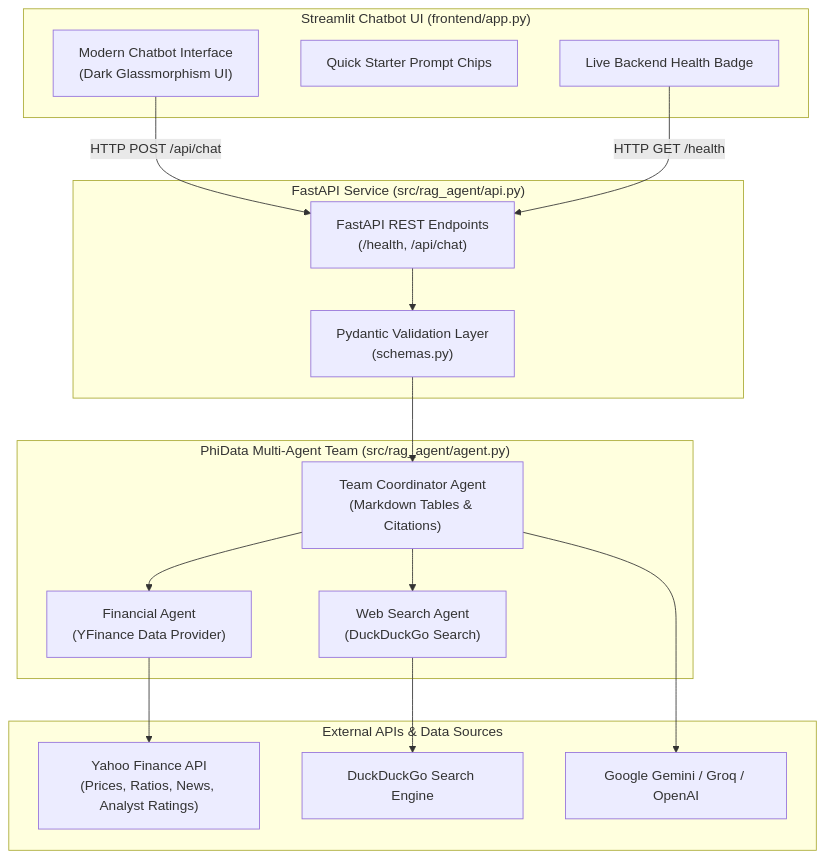
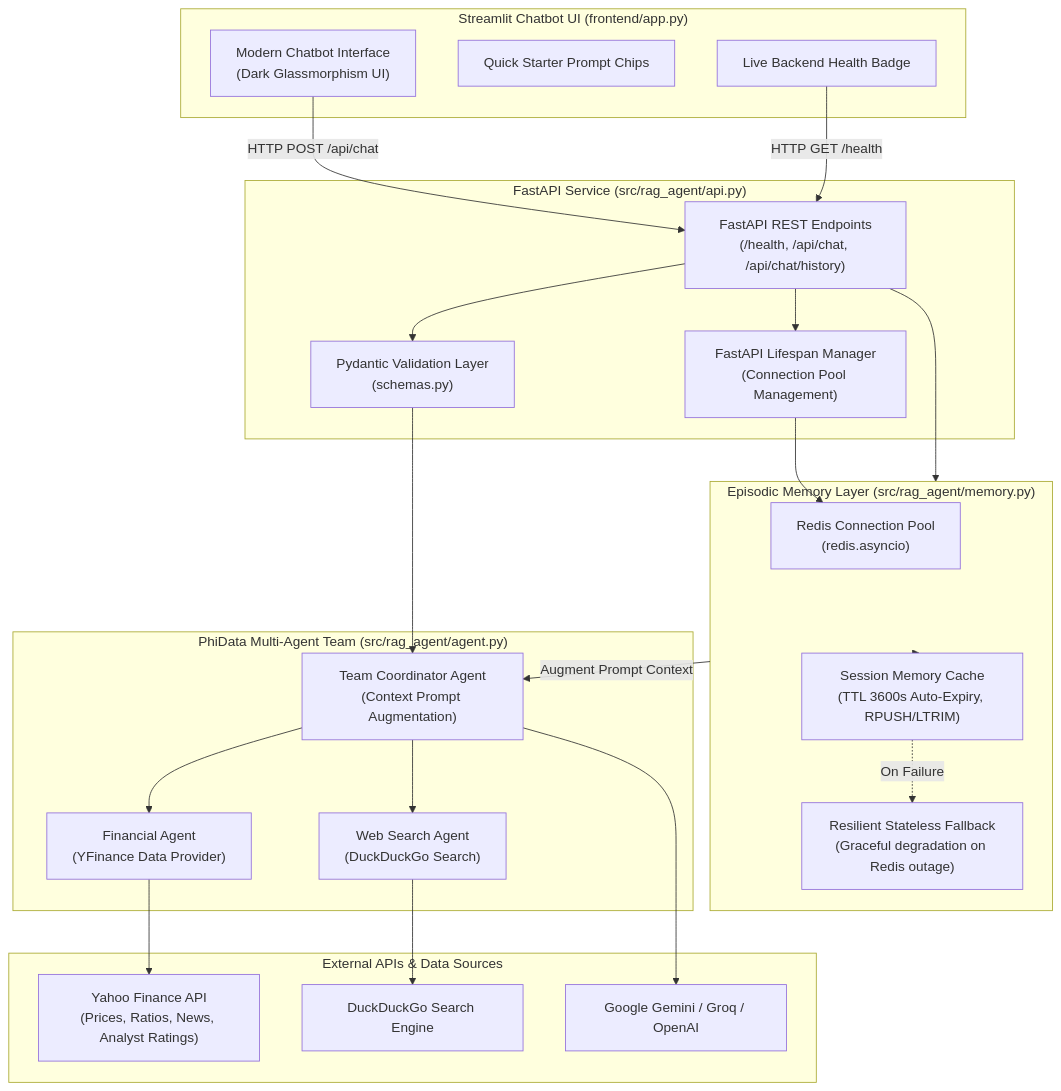
One commit to RUSHIPATIL2003/agent_finance_PhiData changed the diagram in README.md. Above: the diagram before and after it, drawn with Mermaid. The commit also changed other lines of this file and 15 other files, not shown here.

Commit message:
feat: implement modular RAG agent architecture and add redis for temp cache

````diff
--- a/README.md
+++ b/README.md
@@ -23,35 +24,48 @@
 ```mermaid
 flowchart TD
     subgraph Frontend["Streamlit Chatbot UI (frontend/app.py)"]
         UI["Modern Chatbot Interface\n(Dark Glassmorphism UI)"]
         Chips["Quick Starter Prompt Chips"]
         Status["Live Backend Health Badge"]
     end
 
     subgraph Backend["FastAPI Service (src/rag_agent/api.py)"]
-        API["FastAPI REST Endpoints\n(/health, /api/chat)"]
+        API["FastAPI REST Endpoints\n(/health, /api/chat, /api/chat/history)"]
+        Lifespan["FastAPI Lifespan Manager\n(Connection Pool Management)"]
         Schemas["Pydantic Validation Layer\n(schemas.py)"]
     end
 
+    subgraph Memory["Episodic Memory Layer (src/rag_agent/memory.py)"]
+        RedisPool["Redis Connection Pool\n(redis.asyncio)"]
+        SessionCache["Session Memory Cache\n(TTL 3600s Auto-Expiry, RPUSH/LTRIM)"]
+        Fallback["Resilient Stateless Fallback\n(Graceful degradation on Redis outage)"]
+    end
+
     subgraph MultiAgent["PhiData Multi-Agent Team (src/rag_agent/agent.py)"]
-        Coordinator["Team Coordinator Agent\n(Markdown Tables & Citations)"]
+        Coordinator["Team Coordinator Agent\n(Context Prompt Augmentation)"]
         WebAgent["Web Search Agent\n(DuckDuckGo Search)"]
         FinanceAgent["Financial Agent\n(YFinance Data Provider)"]
     end
 
     subgraph External["External APIs & Data Sources"]
         YF["Yahoo Finance API\n(Prices, Ratios, News, Analyst Ratings)"]
         DDG["DuckDuckGo Search Engine"]
         LLM["Google Gemini / Groq / OpenAI"]
     end
 
     UI -->|HTTP POST /api/chat| API
     Status -->|HTTP GET /health| API
+    API --> Lifespan
+    Lifespan --> RedisPool
+    API --> Memory
+    Memory --> SessionCache
+    SessionCache -.->|On Failure| Fallback
     API --> Schemas
     Schemas --> Coordinator
+    Memory -->|Augment Prompt Context| Coordinator
     Coordinator --> WebAgent
     Coordinator --> FinanceAgent
     WebAgent --> DDG
     FinanceAgent --> YF
     Coordinator --> LLM
 ```
````
